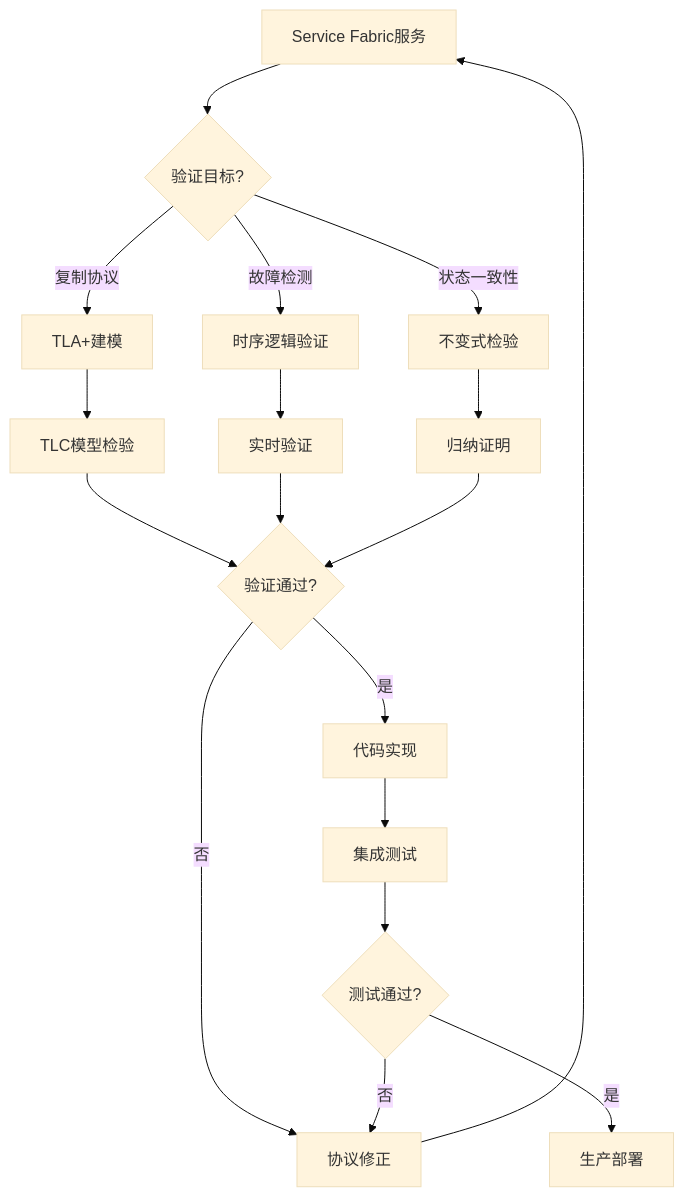
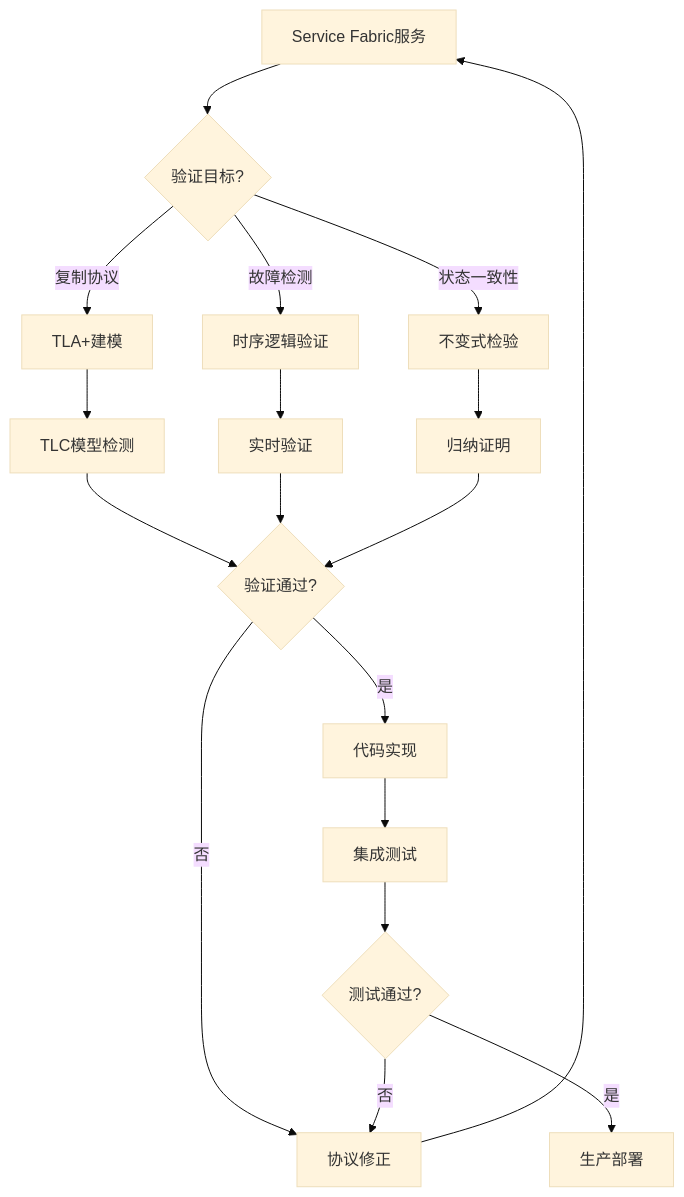
Before and after one commit to AdaMartin18010/AnalysisDataFlow: the third of 6 diagrams in formal-methods/06-tools/industrial/azure-service-fabric.md, drawn with Mermaid (base theme). The commit also changed 129 other files, not shown here.

````diff
--- a/formal-methods/06-tools/industrial/azure-service-fabric.md
+++ b/formal-methods/06-tools/industrial/azure-service-fabric.md
@@ -197,24 +197,24 @@
 ```mermaid
 flowchart TD
     A[Service Fabric服务] --> B{验证目标?}
     B -->|复制协议| C[TLA+建模]
     B -->|故障检测| D[时序逻辑验证]
     B -->|状态一致性| E[不变式检验]
 
-    C --> F[TLC模型检验]
+    C --> F[TLC模型检测]
     D --> G[实时验证]
     E --> H[归纳证明]
 
     F --> I{验证通过?}
     G --> I
     H --> I
 
     I -->|是| J[代码实现]
     I -->|否| K[协议修正]
     K --> A
 
     J --> L[集成测试]
     L --> M{测试通过?}
     M -->|否| K
     M -->|是| N[生产部署]
 ```
````
